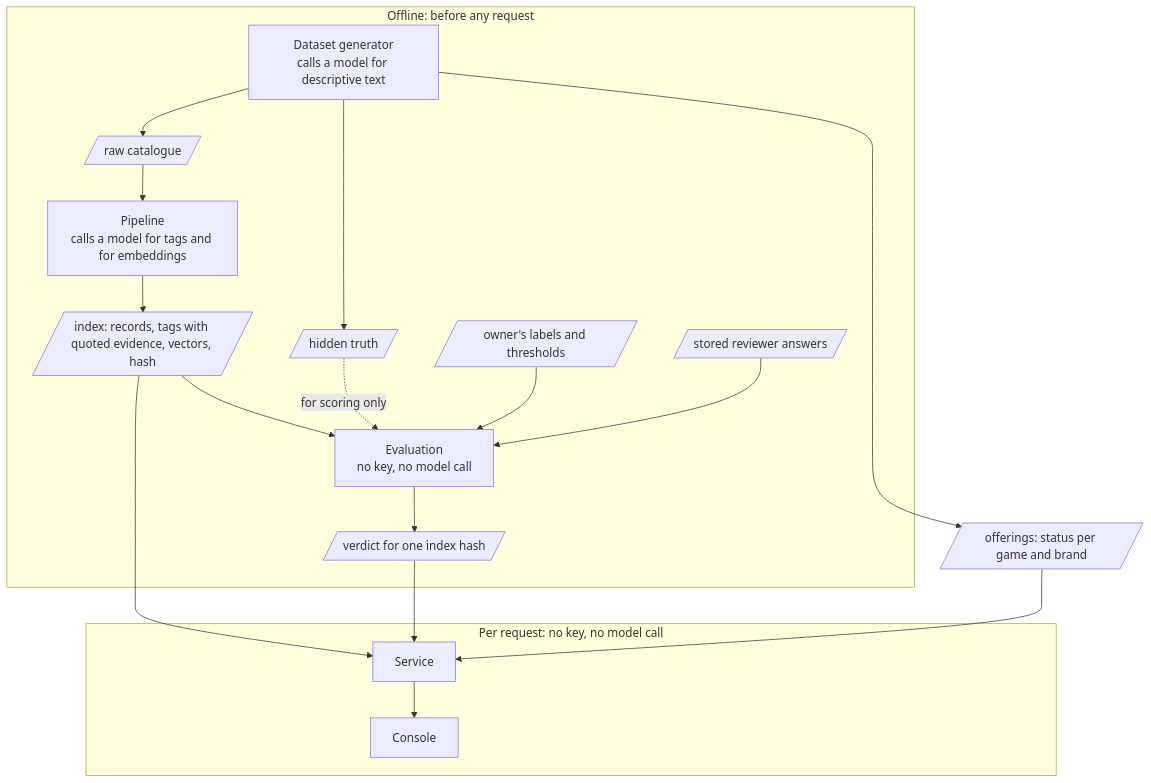
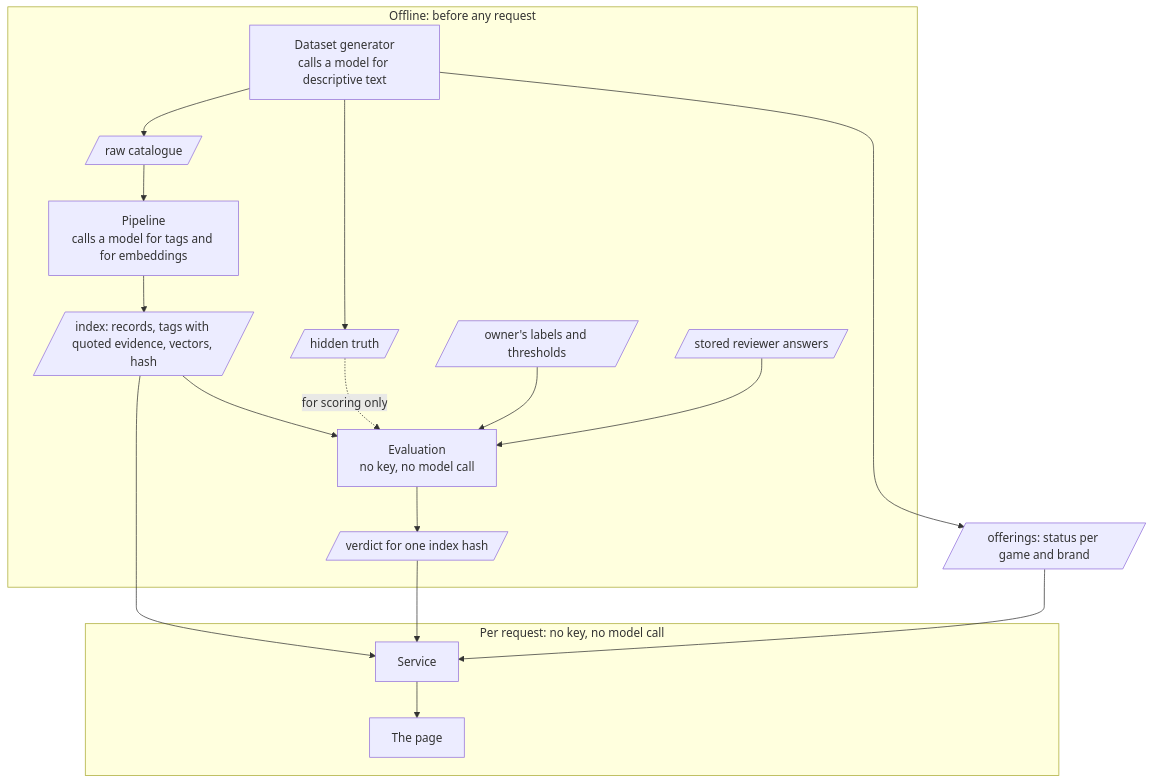
Before and after one commit to AndriiPasternak31/because-you-played: the diagram in docs/architecture.md, drawn with Mermaid. The commit also changed other lines of this file and 32 other files, not shown here.

````diff
--- a/docs/architecture.md
+++ b/docs/architecture.md
@@ -17,33 +17,33 @@
 ```mermaid
 flowchart TD
   subgraph OFFLINE["Offline: before any request"]
     GEN["Dataset generator<br/>calls a model for descriptive text"]
     RAW[/"raw catalogue"/]
     TRUTH[/"hidden truth"/]
     PIPE["Pipeline<br/>calls a model for tags and for embeddings"]
     INDEX[/"index: records, tags with quoted evidence, vectors, hash"/]
     REFS[/"owner's labels and thresholds"/]
     ANSWERS[/"stored reviewer answers"/]
     EVAL["Evaluation<br/>no key, no model call"]
     VERDICT[/"verdict for one index hash"/]
   end
   OFFER[/"offerings: status per game and brand"/]
   subgraph REQUEST["Per request: no key, no model call"]
     SVC["Service"]
-    CON["Console"]
+    CON["The page"]
   end
   GEN --> RAW
   GEN --> TRUTH
   GEN --> OFFER
   RAW --> PIPE
   PIPE --> INDEX
   INDEX --> EVAL
   TRUTH -.->|for scoring only| EVAL
   REFS --> EVAL
   ANSWERS --> EVAL
   EVAL --> VERDICT
   INDEX --> SVC
   VERDICT --> SVC
   OFFER --> SVC
   SVC --> CON
 ```
````
